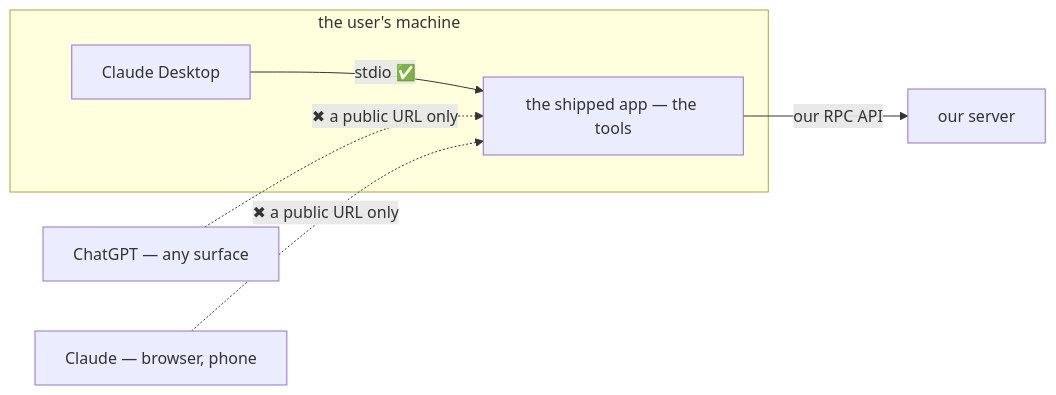
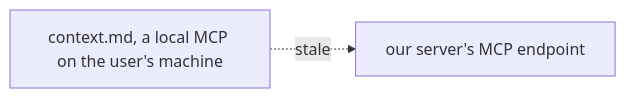
One commit to pdcgo/warehouse_revamp changed the seventh of 7 diagrams in docs/business/mcp/context_clarify.md. Above: the diagram before and after it, drawn with Mermaid. The commit also changed other lines of this file and 42 other files, not shown here.

````diff
--- a/docs/business/mcp/context_clarify.md
+++ b/docs/business/mcp/context_clarify.md
@@ -302,9 +296,4 @@
 ```mermaid
 flowchart LR
-  subgraph U["the user's machine"]
-    CD["Claude Desktop"] -->|"stdio ✅"| APP["the shipped app — the tools"]
-  end
-  APP -->|"our RPC API"| API["our server"]
-  CG["ChatGPT — any surface"] -.->|"✖ a public URL only"| APP
-  CW["Claude — browser, phone"] -.->|"✖ a public URL only"| APP
+  D["context.md, a local MCP on the user's machine"] -.->|"stale"| S["our server's MCP endpoint"]
 ```
````
